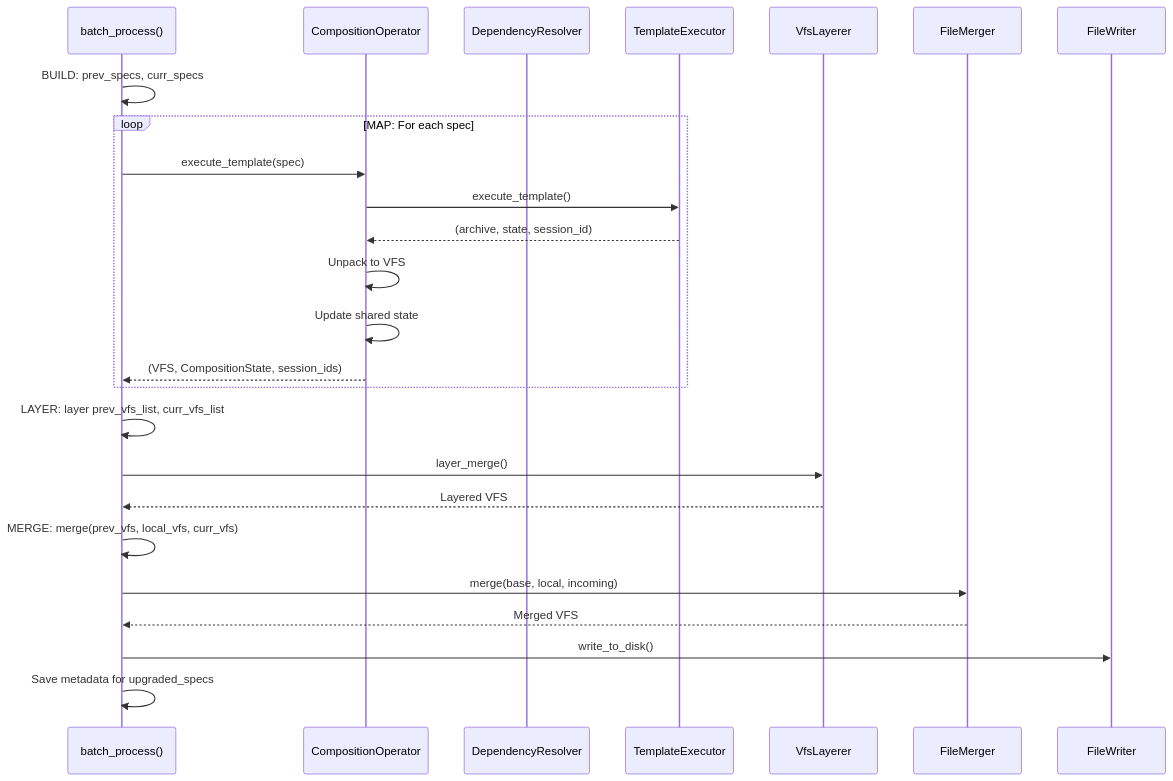
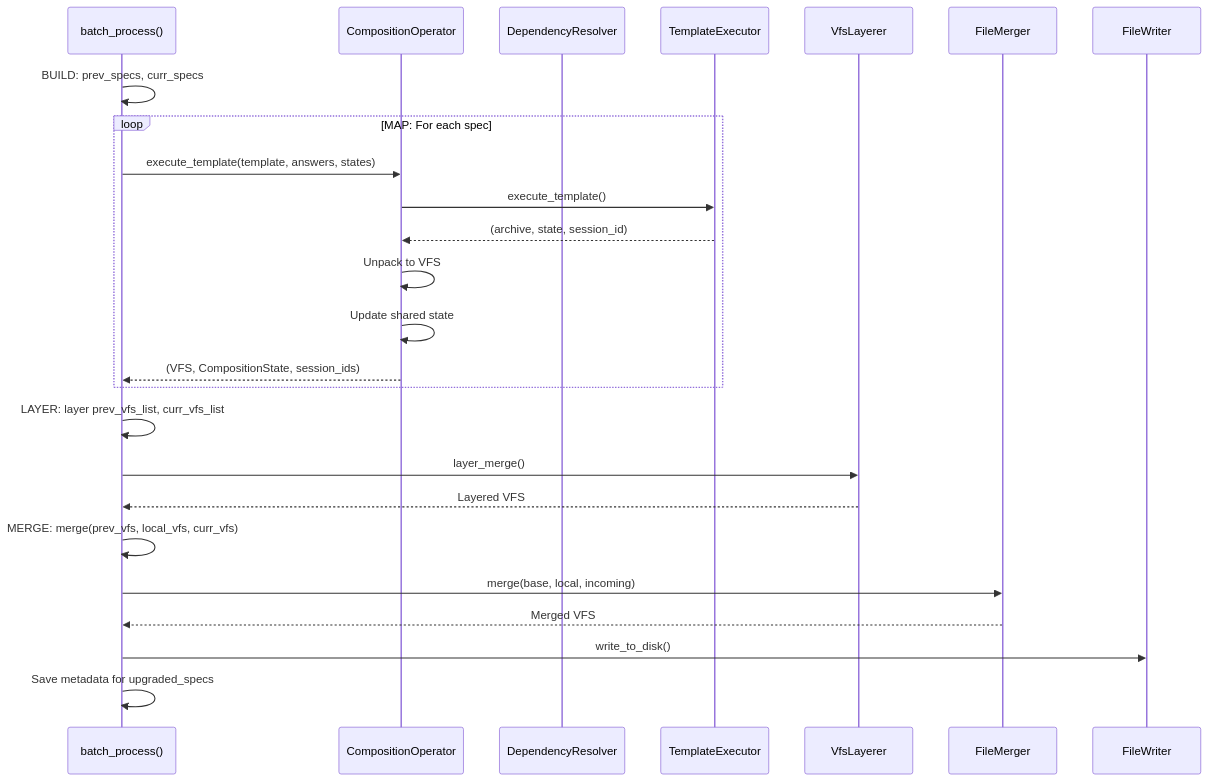
Before and after one commit to AtomiCloud/sulfone.iridium: the second of 2 diagrams in docs/developer/features/05-template-composition.md, drawn with Mermaid. The commit also changed other lines of this file, not shown here.

Commit message:
docs: fix inconsistent API documentation [CU-86ewra5kn]

````diff
--- a/docs/developer/features/05-template-composition.md
+++ b/docs/developer/features/05-template-composition.md
@@ -69,28 +69,28 @@
 ```mermaid
 sequenceDiagram
     participant Caller as batch_process()
     participant Op as CompositionOperator
     participant Resolver as DependencyResolver
     participant Executor as TemplateExecutor
     participant Layerer as VfsLayerer
     participant Merger as FileMerger
     participant Writer as FileWriter
 
     Caller->>Caller: BUILD: prev_specs, curr_specs
     loop MAP: For each spec
-        Caller->>Op: execute_template(spec)
+        Caller->>Op: execute_template(template, answers, states)
         Op->>Executor: execute_template()
         Executor-->>Op: (archive, state, session_id)
         Op->>Op: Unpack to VFS
         Op->>Op: Update shared state
         Op-->>Caller: (VFS, CompositionState, session_ids)
     end
     Caller->>Caller: LAYER: layer prev_vfs_list, curr_vfs_list
     Caller->>Layerer: layer_merge()
     Layerer-->>Caller: Layered VFS
     Caller->>Caller: MERGE: merge(prev_vfs, local_vfs, curr_vfs)
     Caller->>Merger: merge(base, local, incoming)
     Merger-->>Caller: Merged VFS
     Caller->>Writer: write_to_disk()
     Caller->>Caller: Save metadata for upgraded_specs
 ```
````
